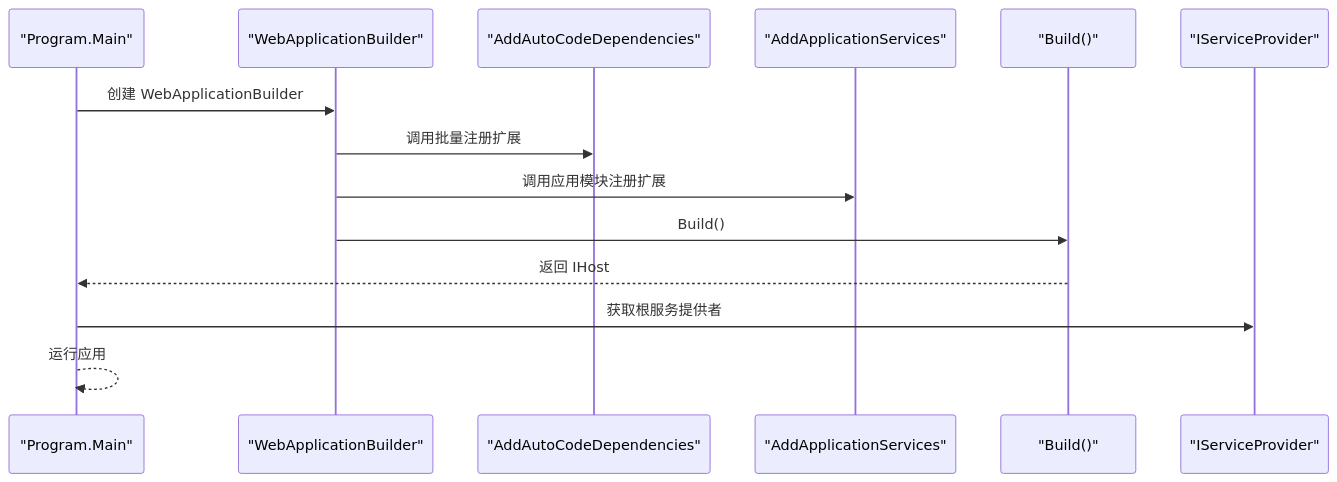
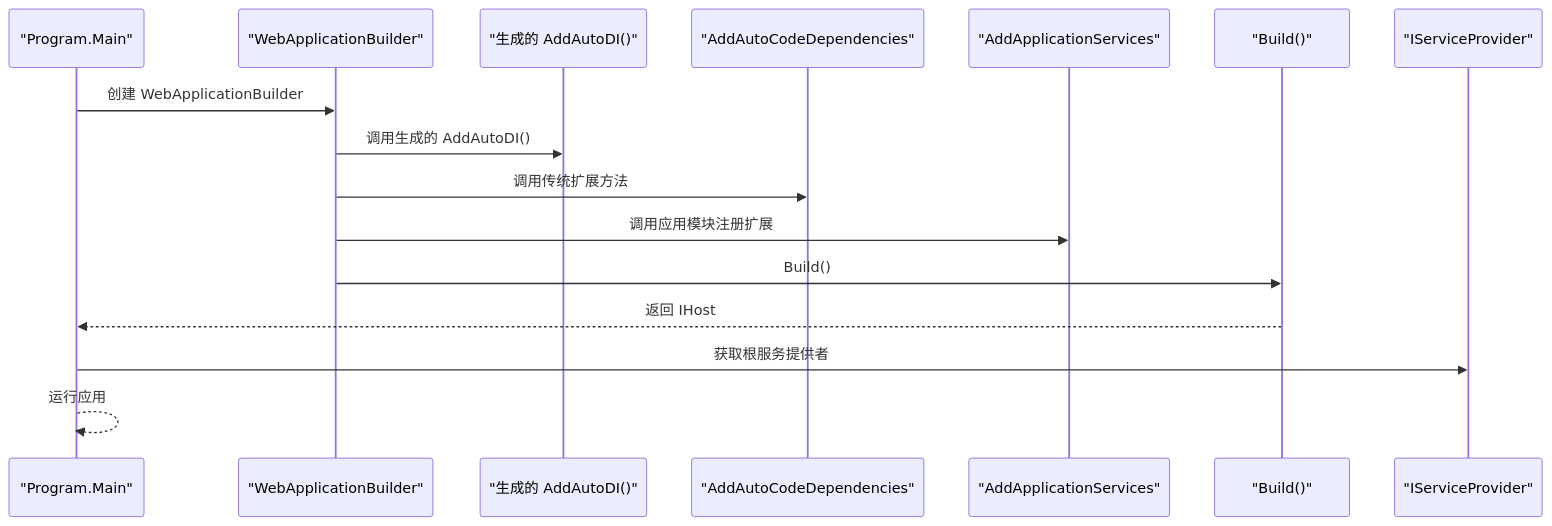
Before and after one commit to alivy/AutoCode: the sixth of 8 diagrams in .qoder/repowiki/zh/content/核心概念/依赖注入集成.md, drawn with Mermaid. The commit also changed other lines of this file and 152 other files, not shown here.

````diff
--- a/.qoder/repowiki/zh/content/核心概念/依赖注入集成.md
+++ b/.qoder/repowiki/zh/content/核心概念/依赖注入集成.md
@@ -199,16 +243,18 @@
 ```mermaid
 sequenceDiagram
 participant Main as "Program.Main"
 participant Builder as "WebApplicationBuilder"
+participant Generated as "生成的 AddAutoDI()"
 participant DIExt as "AddAutoCodeDependencies"
 participant AppExt as "AddApplicationServices"
 participant Host as "Build()"
 participant Provider as "IServiceProvider"
 Main->>Builder : 创建 WebApplicationBuilder
-Builder->>DIExt : 调用批量注册扩展
+Builder->>Generated : 调用生成的 AddAutoDI()
+Builder->>DIExt : 调用传统扩展方法
 Builder->>AppExt : 调用应用模块注册扩展
 Builder->>Host : Build()
 Host-->>Main : 返回 IHost
 Main->>Provider : 获取根服务提供者
 Main-->>Main : 运行应用
 ```
````
